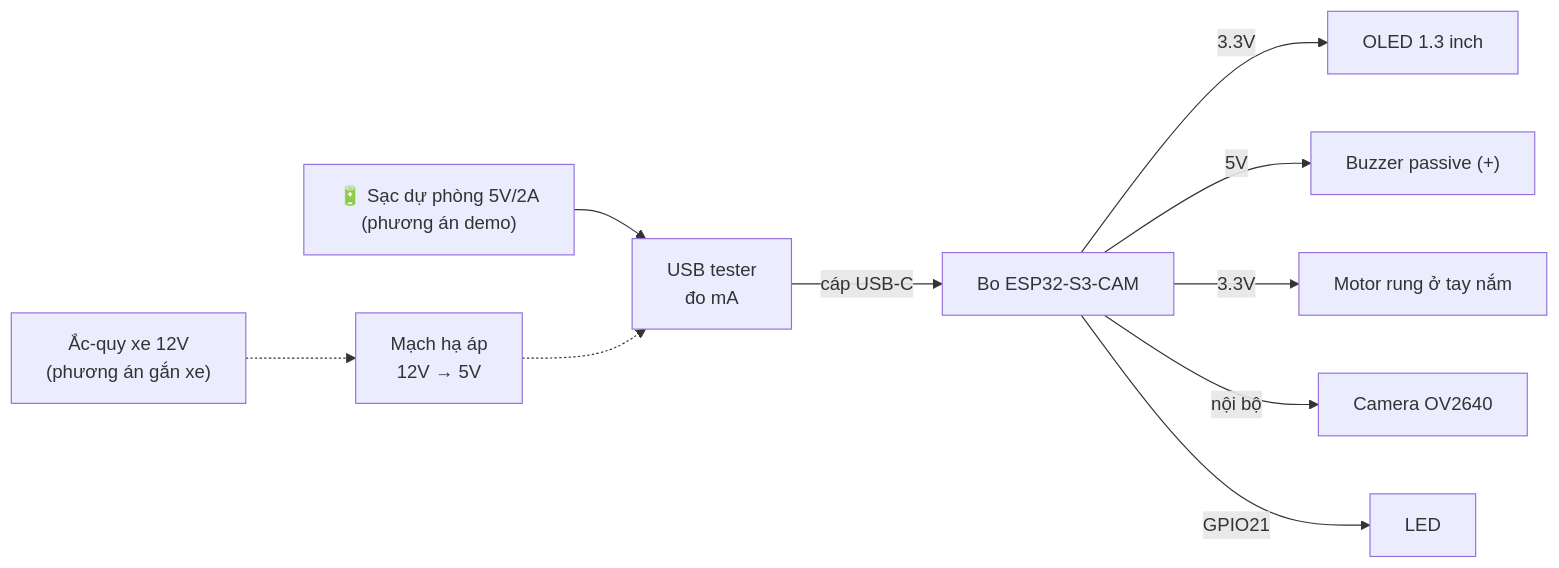
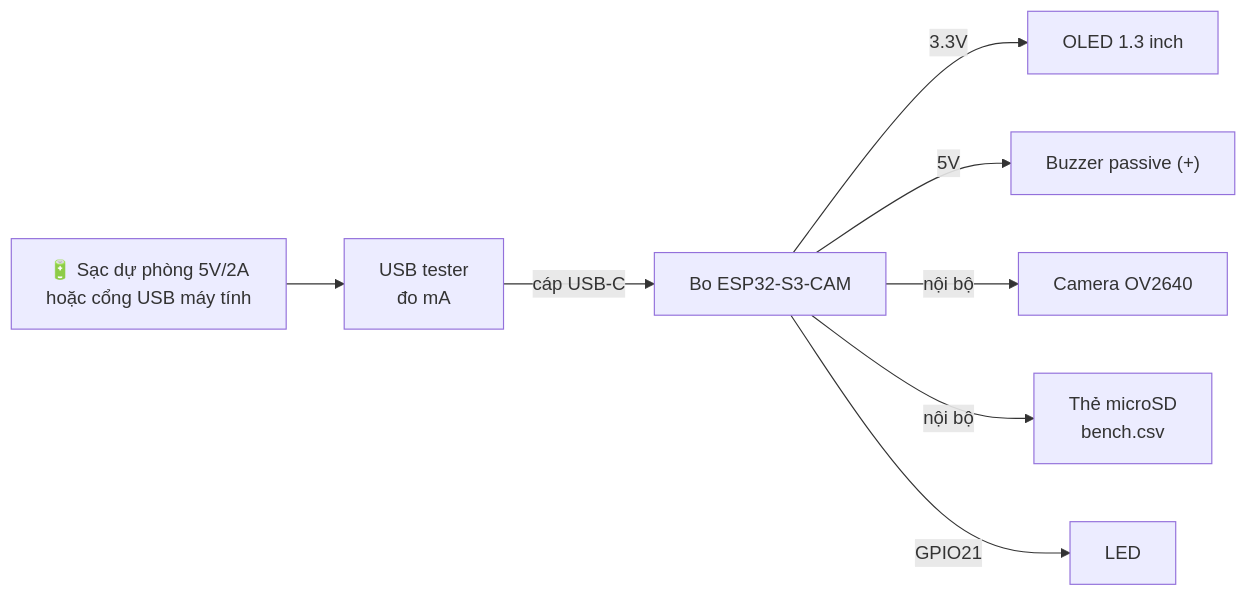
The diagram in 05_firmware_esp32s3/bom_and_hardware_specs.md (NDK2002/ce340-edgeai-traffic-sign-motorbike), drawn with Mermaid before and after one commit. The commit also changed other lines of this file and 6 other files, not shown here.

````diff
--- a/05_firmware_esp32s3/bom_and_hardware_specs.md
+++ b/05_firmware_esp32s3/bom_and_hardware_specs.md
@@ -134,11 +155,10 @@
 ```mermaid
 flowchart LR
-    PB["🔋 Sạc dự phòng 5V/2A<br/>(phương án demo)"] --> T["USB tester<br/>đo mA"]
-    AQ["Ắc-quy xe 12V<br/>(phương án gắn xe)"] -.-> BK["Mạch hạ áp<br/>12V → 5V"] -.-> T
+    PB["🔋 Sạc dự phòng 5V/2A<br/>hoặc cổng USB máy tính"] --> T["USB tester<br/>đo mA"]
     T -->|"cáp USB-C"| B["Bo ESP32-S3-CAM"]
     B -->|"3.3V"| O["OLED 1.3 inch"]
     B -->|"5V"| Z["Buzzer passive (+)"]
-    B -->|"3.3V"| V["Motor rung ở tay nắm"]
     B -->|"nội bộ"| C["Camera OV2640"]
+    B -->|"nội bộ"| SD["Thẻ microSD<br/>bench.csv"]
     B -->|"GPIO21"| L["LED"]
 ```
````
